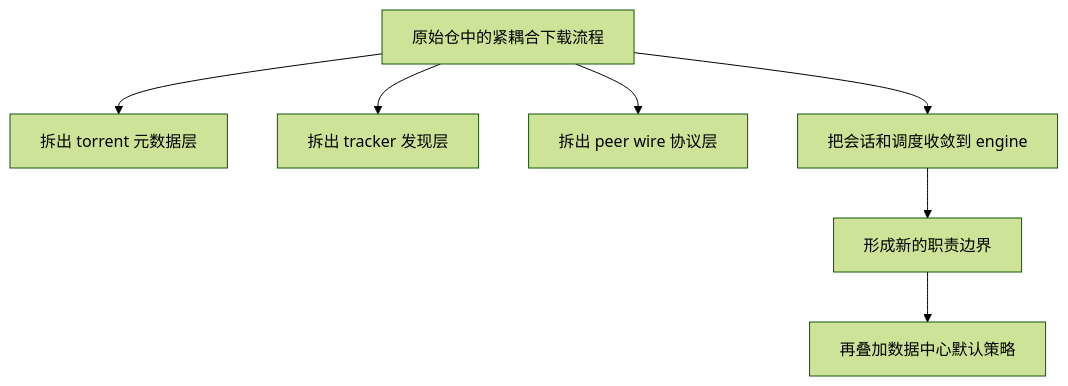
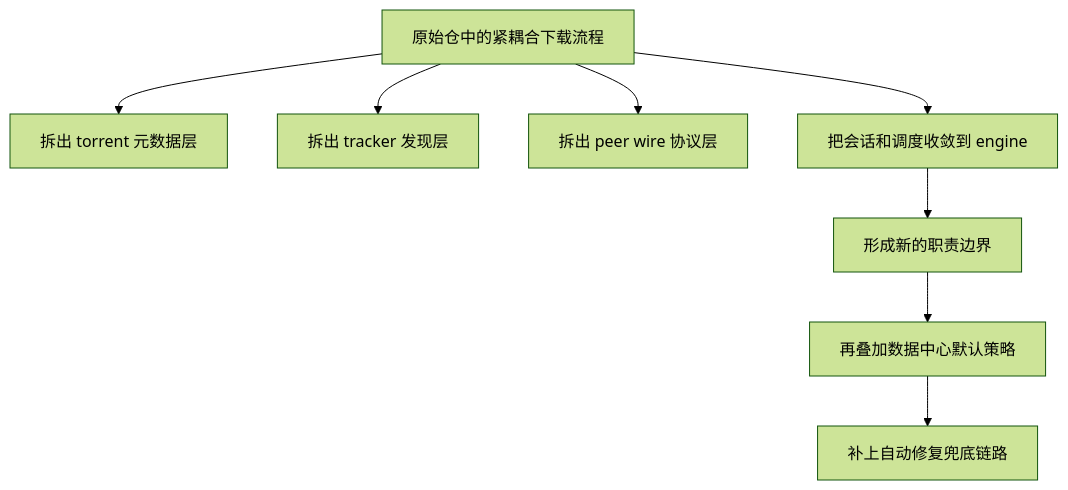
The second of 7 diagrams in docs/compare-with-original.md (SimonMing47/BitTorrent), drawn with Mermaid (forest theme) before and after one commit. The commit also changed other lines of this file and 8 other files, not shown here.

Commit message:
Strengthen datacenter reliability flow

````diff
--- a/docs/compare-with-original.md
+++ b/docs/compare-with-original.md
@@ -107,9 +109,10 @@
 ```mermaid
 flowchart TD
     A["原始仓中的紧耦合下载流程"] --> B["拆出 torrent 元数据层"]
     A --> C["拆出 tracker 发现层"]
     A --> D["拆出 peer wire 协议层"]
     A --> E["把会话和调度收敛到 engine"]
     E --> F["形成新的职责边界"]
     F --> G["再叠加数据中心默认策略"]
+    G --> H["补上自动修复兜底链路"]
 ```
````
